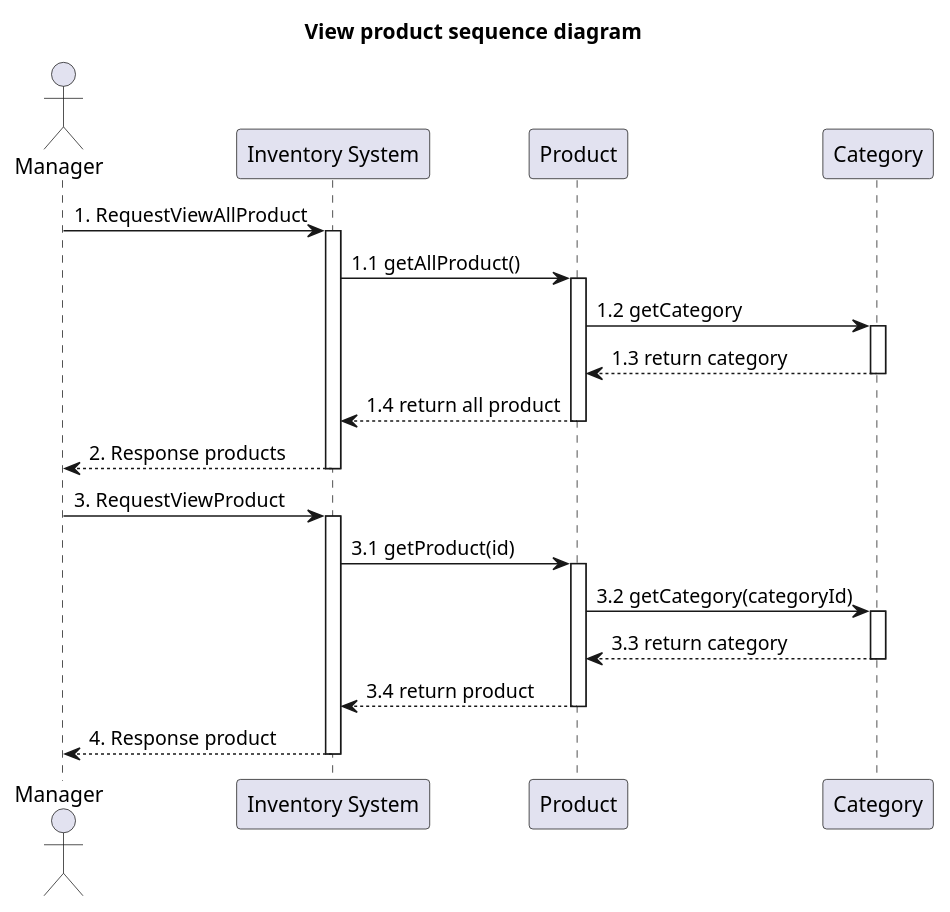
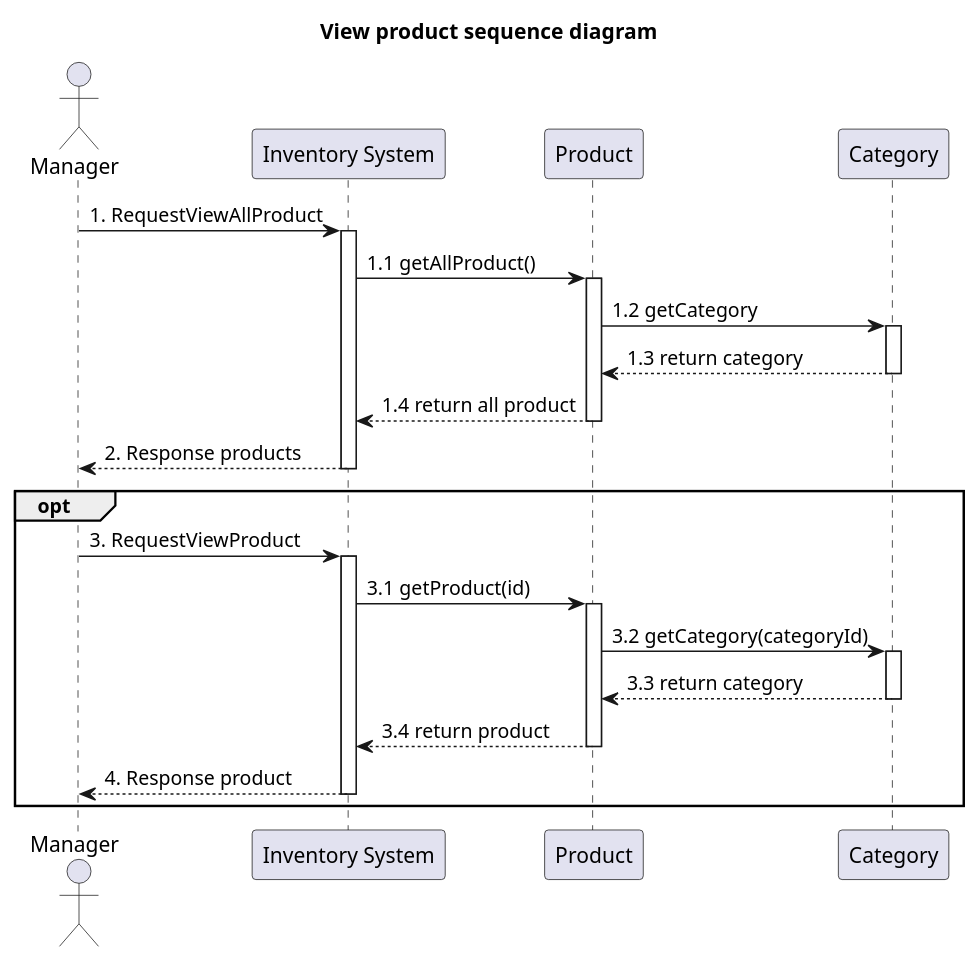
The diagram in system-analysis/sequence/_2_1_sequence-view-product.puml (billowdev/inventory-system-plantuml-sequelize-seeder-example), drawn with PlantUML before and after one commit.

```diff
--- a/system-analysis/sequence/_2_1_sequence-view-product.puml
+++ b/system-analysis/sequence/_2_1_sequence-view-product.puml
@@ -1,56 +1,58 @@
 @startuml
 'example
 title View product sequence diagram
 
 actor Manager as actorManager
 participant "Inventory System" as InventorySystem
 'participant "Inventory" as classInventory
 participant "Product" as classProduct
 participant "Category" as classCategory
 
 
 actorManager -> InventorySystem: 1. RequestViewAllProduct
 activate InventorySystem
 
 '-------------- START view product ---------------
 InventorySystem -> classProduct: 1.1 getAllProduct()
 activate classProduct
 
 classProduct -> classCategory: 1.2 getCategory
 activate classCategory
 
 classCategory --> classProduct: 1.3 return category
 deactivate classCategory
 
 classProduct --> InventorySystem: 1.4 return all product
 deactivate classProduct
 
 '-------------- END view product ---------------
 
 InventorySystem --> actorManager : 2. Response products
 deactivate InventorySystem
 
-
+opt
 
 actorManager -> InventorySystem: 3. RequestViewProduct
 activate InventorySystem
 
 '-------------- START view product ---------------
 InventorySystem -> classProduct: 3.1 getProduct(id)
 activate classProduct
 
 classProduct -> classCategory: 3.2 getCategory(categoryId)
 activate classCategory
 
 classCategory --> classProduct: 3.3 return category
 deactivate classCategory
 
 classProduct --> InventorySystem: 3.4 return product
 deactivate classProduct
 
 '-------------- END view product ---------------
 
 InventorySystem --> actorManager : 4. Response product
 deactivate InventorySystem
 
+end
+
 @enduml
```
